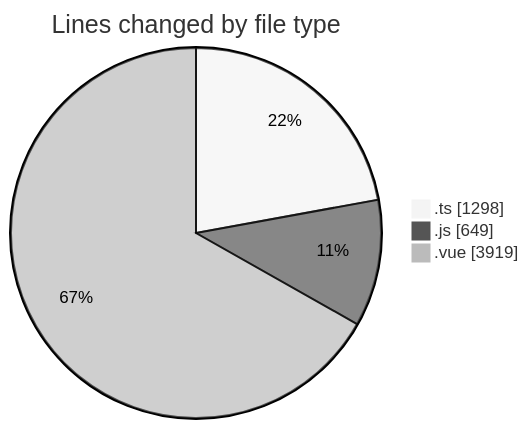
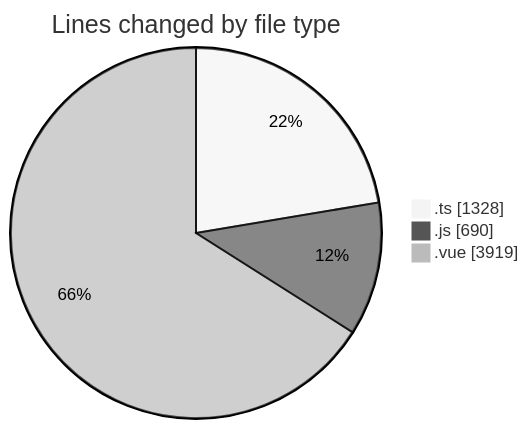
The first of 2 diagrams in 2025-08-16/rentotp/README.md (lephambinh05/code-tracking), drawn with Mermaid (neutral theme) before and after one commit. The commit also changed other lines of this file and 1 other file, not shown here.

````diff
--- a/2025-08-16/rentotp/README.md
+++ b/2025-08-16/rentotp/README.md
@@ -37,7 +38,7 @@
 ```mermaid
 pie showData
 title Lines changed by file type
-".ts" : 1298
-".js" : 649
+".ts" : 1328
+".js" : 690
 ".vue" : 3919
 ```
````
